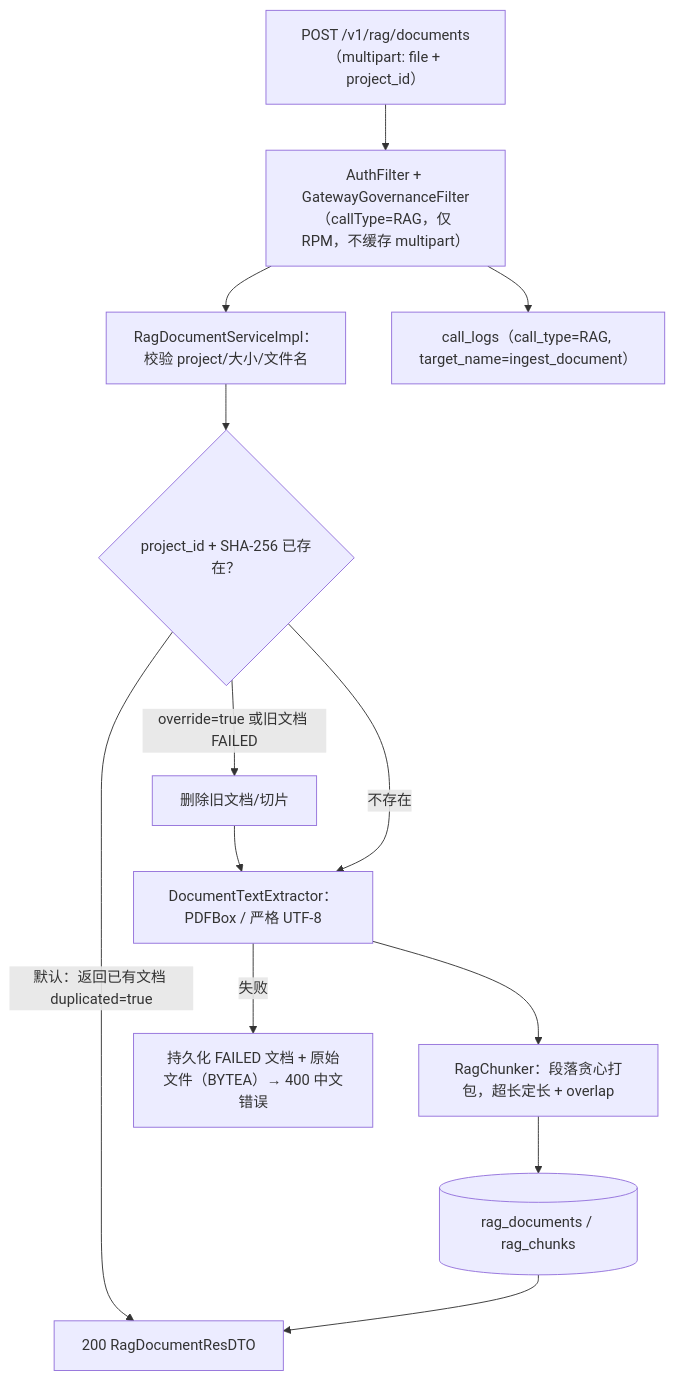
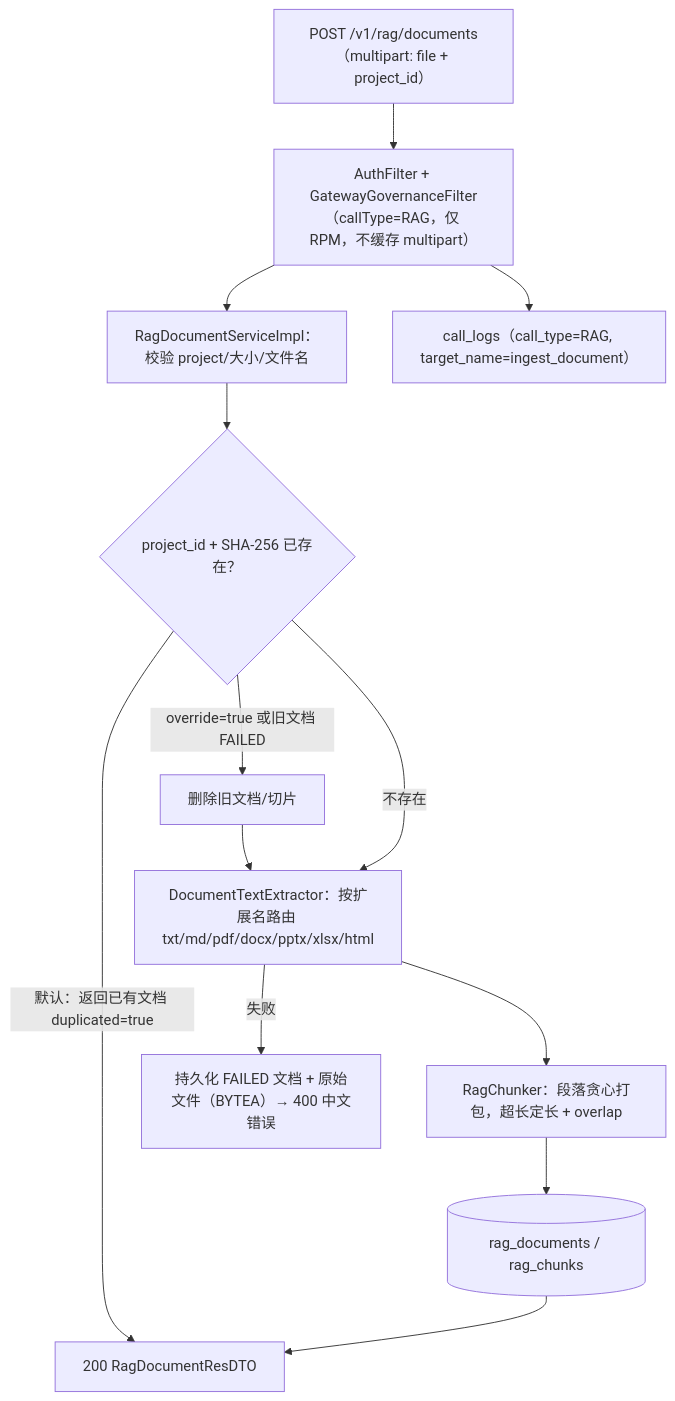
The eighth of 12 diagrams in ai-workflow/DESIGN.md (learnerQ0751/ai-hub), drawn with Mermaid before and after one commit. The commit also changed other lines of this file and 24 other files, not shown here.

First line of the commit message:
feat: 实现 REQ-3.9 文档解析扩展（docx/pptx/xlsx/html）

````diff
--- a/ai-workflow/DESIGN.md
+++ b/ai-workflow/DESIGN.md
@@ -306,15 +306,15 @@
 ```mermaid
 flowchart TD
     A["POST /v1/rag/documents（multipart: file + project_id）"] --> F["AuthFilter + GatewayGovernanceFilter（callType=RAG，仅 RPM，不缓存 multipart）"]
     F --> S["RagDocumentServiceImpl：校验 project/大小/文件名"]
     S --> H{"project_id + SHA-256 已存在？"}
     H -->|"默认：返回已有文档 duplicated=true"| R["200 RagDocumentResDTO"]
     H -->|"override=true 或旧文档 FAILED"| X["删除旧文档/切片"]
-    H -->|"不存在"| P["DocumentTextExtractor：PDFBox / 严格 UTF-8"]
+    H -->|"不存在"| P["DocumentTextExtractor：按扩展名路由 txt/md/pdf/docx/pptx/xlsx/html"]
     X --> P
     P -->|"失败"| E["持久化 FAILED 文档 + 原始文件（BYTEA）→ 400 中文错误"]
     P --> C["RagChunker：段落贪心打包，超长定长 + overlap"]
     C --> DB[("rag_documents / rag_chunks")]
     DB --> R
     F --> L["call_logs（call_type=RAG, target_name=ingest_document）"]
 ```
````
